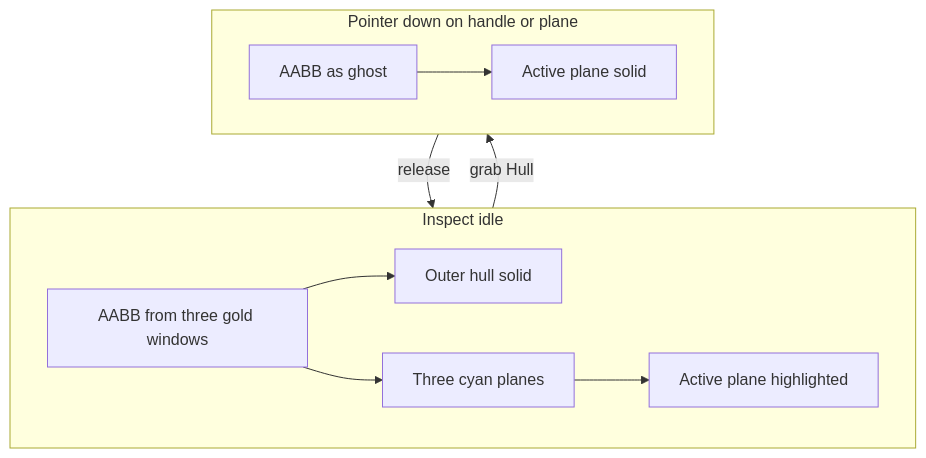
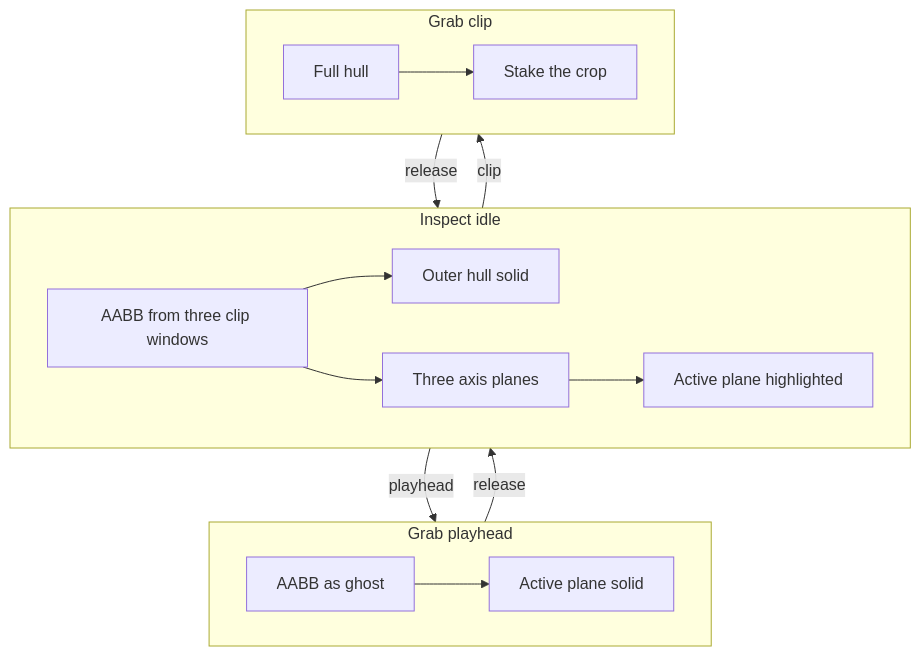
Diagram 14 of 27 in architecture.md (PiMaV/DONNER), drawn with Mermaid before and after one commit. The commit also changed other lines of this file and 22 other files, not shown here.

Commit message:
Give Inspect a stable plane language so Z stays put, frame grabs stay on-axis, and clip rings can stake the hull.

````diff
--- a/architecture.md
+++ b/architecture.md
@@ -327,19 +351,26 @@
 ```mermaid
 flowchart TB
   subgraph idle [Inspect idle]
-    aabb[AABB from three gold windows]
+    aabb[AABB from three clip windows]
     hull[Outer hull solid]
-    planes[Three cyan planes]
+    planes[Three axis planes]
     active[Active plane highlighted]
     aabb --> hull
     aabb --> planes
     planes --> active
   end
-  subgraph drag [Pointer down on handle or plane]
+  subgraph play [Grab playhead]
     ghost[AABB as ghost]
     cut[Active plane solid]
     ghost --> cut
   end
-  idle -->|grab Hull| drag
-  drag -->|release| idle
+  subgraph clip [Grab clip]
+    full[Full hull]
+    stake[Stake the crop]
+    full --> stake
+  end
+  idle -->|playhead| play
+  idle -->|clip| clip
+  play -->|release| idle
+  clip -->|release| idle
 ```
````
